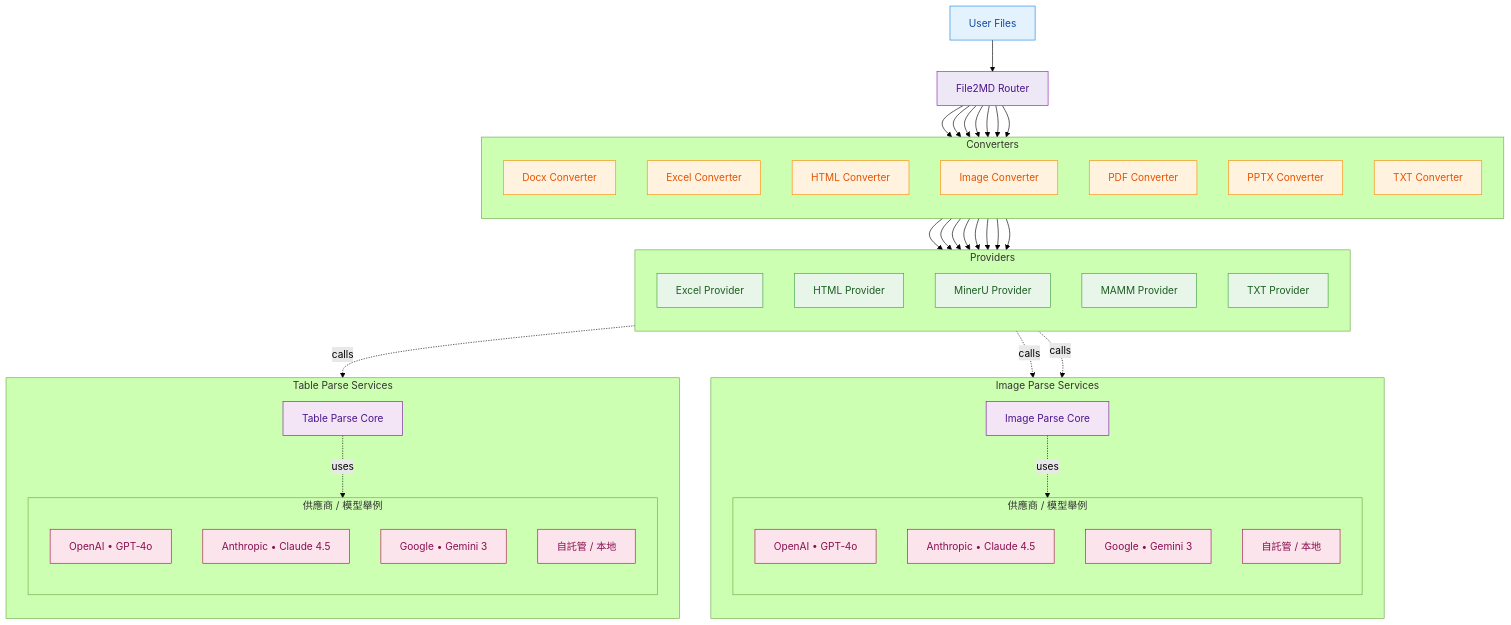
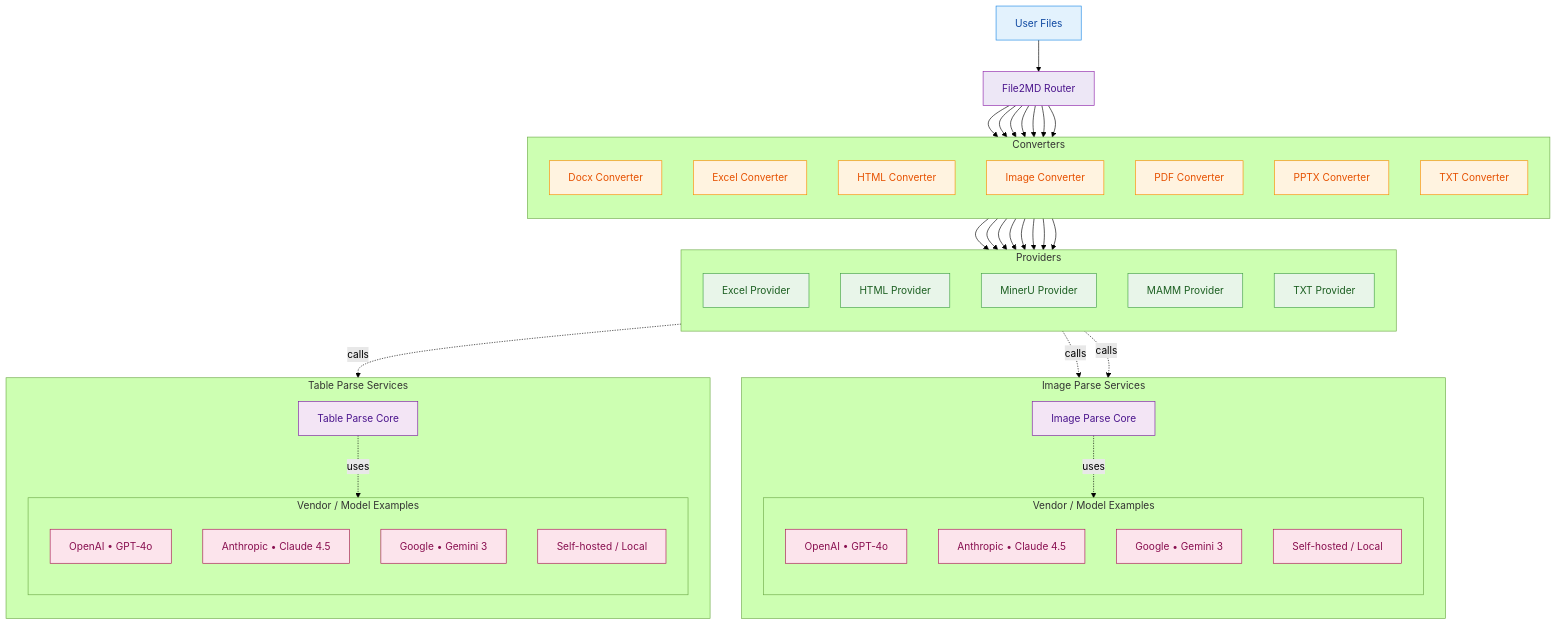
One commit to LLMSystems/file2md changed the diagram in README.md. Above: the diagram before and after it, drawn with Mermaid (forest theme). The commit also changed other lines of this file and 1 other file, not shown here.

Commit message:
Add Chinese README for file2md project with detailed features, architecture, installation instructions, and API usage

````diff
--- a/README.md
+++ b/README.md
@@ -51,39 +55,39 @@
       direction TB
       IP[Image Parse Core]:::service
 
-      subgraph LLM_Client[供應商 / 模型舉例]
+      subgraph LLM_Client[Vendor / Model Examples]
         direction TB
         AOAI[OpenAI • GPT‑4o]:::vendor
         AN[Anthropic • Claude 4.5]:::vendor
         GGL[Google • Gemini 3]:::vendor
-        OLL[自託管 / 本地]:::vendor
+        OLL[Self-hosted / Local]:::vendor
       end
 
       IP -. uses .-> LLM_Client
     end
 
-    %% Table Parse（新加）
+    %% Table Parse
     subgraph Table_Parse[Table Parse Services]
       direction TB
       TPC[Table Parse Core]:::service
 
-      subgraph LLM_Client_Table[供應商 / 模型舉例]
+      subgraph LLM_Client_Table[Vendor / Model Examples]
         direction TB
         AOAI_T[OpenAI • GPT‑4o]:::vendor
         AN_T[Anthropic • Claude 4.5]:::vendor
         GGL_T[Google • Gemini 3]:::vendor
-        OLL_T[自託管 / 本地]:::vendor
+        OLL_T[Self-hosted / Local]:::vendor
       end
 
       TPC -. uses .-> LLM_Client_Table
     end
 
-    %% 一般文本類
+    %% Text-based files
     EC --> EP
     HC --> HP
     TC --> TP
 
-    %% 影像/版面類（先 Provider，再視需求呼叫 IP）
+    %% Image/Layout files (Provider first, then calls IP as needed)
     IC --> MUP
     PC --> MUP
     PTC --> MUP
@@ -91,10 +95,10 @@
     DC --> MUP
     DC --> MP
 
-    %% 依賴關係（Image Parse）
+    %% Dependencies (Image Parse)
     MUP -. calls .-> IP
     MP  -. calls .-> IP
 
-    %% 依賴關係（Table Parse — 新增）
+    %% Dependencies (Table Parse)
     MUP  -. calls .-> TPC
 ```
````
